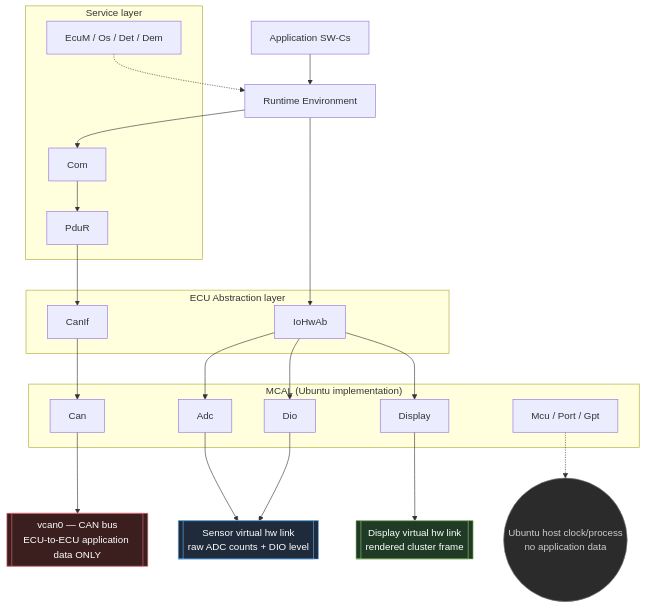
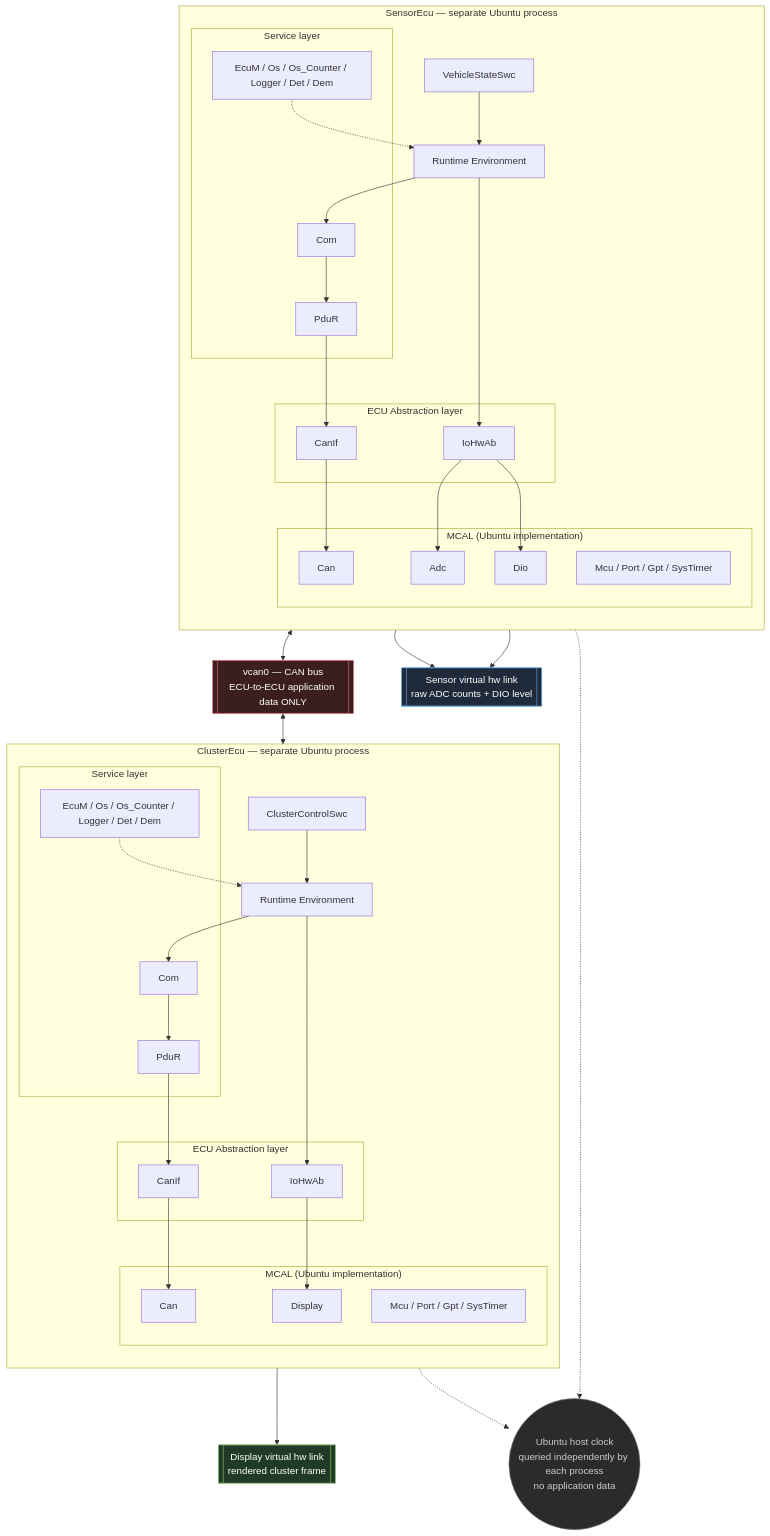
Before and after one commit to TTonyVi/autosar_s1: the first of 4 diagrams in docs/ARCHITECTURE.md, drawn with Mermaid. The commit also changed other lines of this file and 95 other files, not shown here.

First line of the commit message:
Implement Phases 5-8, sync docs, and fix HMI/architecture issues

````diff
--- a/docs/ARCHITECTURE.md
+++ b/docs/ARCHITECTURE.md
@@ -11,48 +16,75 @@
 ```mermaid
 flowchart TB
-    ASW["Application SW-Cs"]
-    RTE["Runtime Environment"]
-    subgraph SVC["Service layer"]
-        COM["Com"]
-        PDUR["PduR"]
-        SRV["EcuM / Os / Det / Dem"]
+    subgraph SENSOR["SensorEcu — separate Ubuntu process"]
+        direction TB
+        SASW["VehicleStateSwc"]
+        SRTE["Runtime Environment"]
+        subgraph SSVC["Service layer"]
+            SCOM["Com"]
+            SPDUR["PduR"]
+            SSRV["EcuM / Os / Os_Counter / Logger / Det / Dem"]
+        end
+        subgraph SEAL["ECU Abstraction layer"]
+            SCANIF["CanIf"]
+            SIOHWAB["IoHwAb"]
+        end
+        subgraph SMCAL["MCAL (Ubuntu implementation)"]
+            SCANDRV["Can"]
+            SADC["Adc"]
+            SDIO["Dio"]
+            SBASE["Mcu / Port / Gpt / SysTimer"]
+        end
+        SASW --> SRTE
+        SRTE --> SCOM --> SPDUR --> SCANIF --> SCANDRV
+        SRTE --> SIOHWAB
+        SIOHWAB --> SADC
+        SIOHWAB --> SDIO
+        SSRV -.-> SRTE
     end
-    subgraph EAL["ECU Abstraction layer"]
-        CANIF["CanIf"]
-        IOHWAB["IoHwAb"]
+
+    subgraph CLUSTER["ClusterEcu — separate Ubuntu process"]
+        direction TB
+        CASW["ClusterControlSwc"]
+        CRTE["Runtime Environment"]
+        subgraph CSVC["Service layer"]
+            CCOM["Com"]
+            CPDUR["PduR"]
+            CSRV["EcuM / Os / Os_Counter / Logger / Det / Dem"]
+        end
+        subgraph CEAL["ECU Abstraction layer"]
+            CCANIF["CanIf"]
+            CIOHWAB["IoHwAb"]
+        end
+        subgraph CMCAL["MCAL (Ubuntu implementation)"]
+            CCANDRV["Can"]
+            CDISP["Display"]
+            CBASE["Mcu / Port / Gpt / SysTimer"]
+        end
+        CASW --> CRTE
+        CRTE --> CCOM --> CPDUR --> CCANIF --> CCANDRV
+        CRTE --> CIOHWAB --> CDISP
+        CSRV -.-> CRTE
     end
-    subgraph MCAL["MCAL (Ubuntu implementation)"]
-        CANDRV["Can"]
-        ADC["Adc"]
-        DIO["Dio"]
-        DISP["Display"]
-        BASE["Mcu / Port / Gpt"]
-    end
+
     CANBUS[["vcan0 — CAN bus\nECU-to-ECU application data ONLY"]]
     SENSORLINK[["Sensor virtual hw link\nraw ADC counts + DIO level"]]
     DISPLAYLINK[["Display virtual hw link\nrendered cluster frame"]]
-    HOSTCLOCK(("Ubuntu host clock/process\nno application data"))
+    HOSTCLOCK(("Ubuntu host clock\nqueried independently by each process\nno application data"))
 
-    ASW --> RTE
-    RTE --> COM --> PDUR --> CANIF --> CANDRV
-    RTE --> IOHWAB
-    IOHWAB --> ADC
-    IOHWAB --> DIO
-    IOHWAB --> DISP
-    SRV -.-> RTE
-
-    CANDRV --> CANBUS
-    ADC --> SENSORLINK
-    DIO --> SENSORLINK
-    DISP --> DISPLAYLINK
-    BASE -.-> HOSTCLOCK
+    SCANDRV <--> CANBUS
+    CANBUS <--> CCANDRV
+    SADC --> SENSORLINK
+    SDIO --> SENSORLINK
+    CDISP --> DISPLAYLINK
+    SBASE -.-> HOSTCLOCK
+    CBASE -.-> HOSTCLOCK
 
     classDef canChan fill:#3b1f1f,stroke:#e06c75,color:#fff
     classDef sensorChan fill:#1f2a3b,stroke:#61afef,color:#fff
     classDef displayChan fill:#1f3b26,stroke:#98c379,color:#fff
     classDef hostChan fill:#2b2b2b,stroke:#888,color:#ccc
     class CANBUS canChan
     class SENSORLINK sensorChan
     class DISPLAYLINK displayChan
     class HOSTCLOCK hostChan
 ```
````
